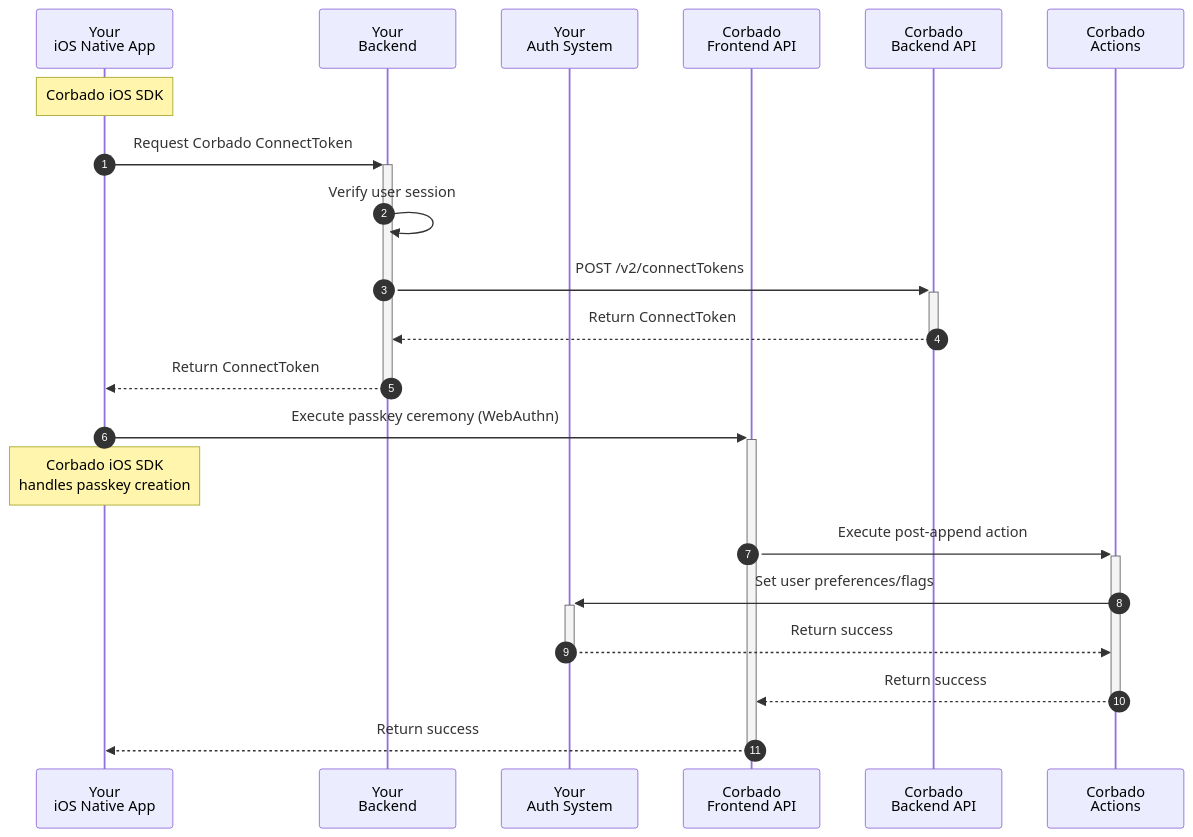
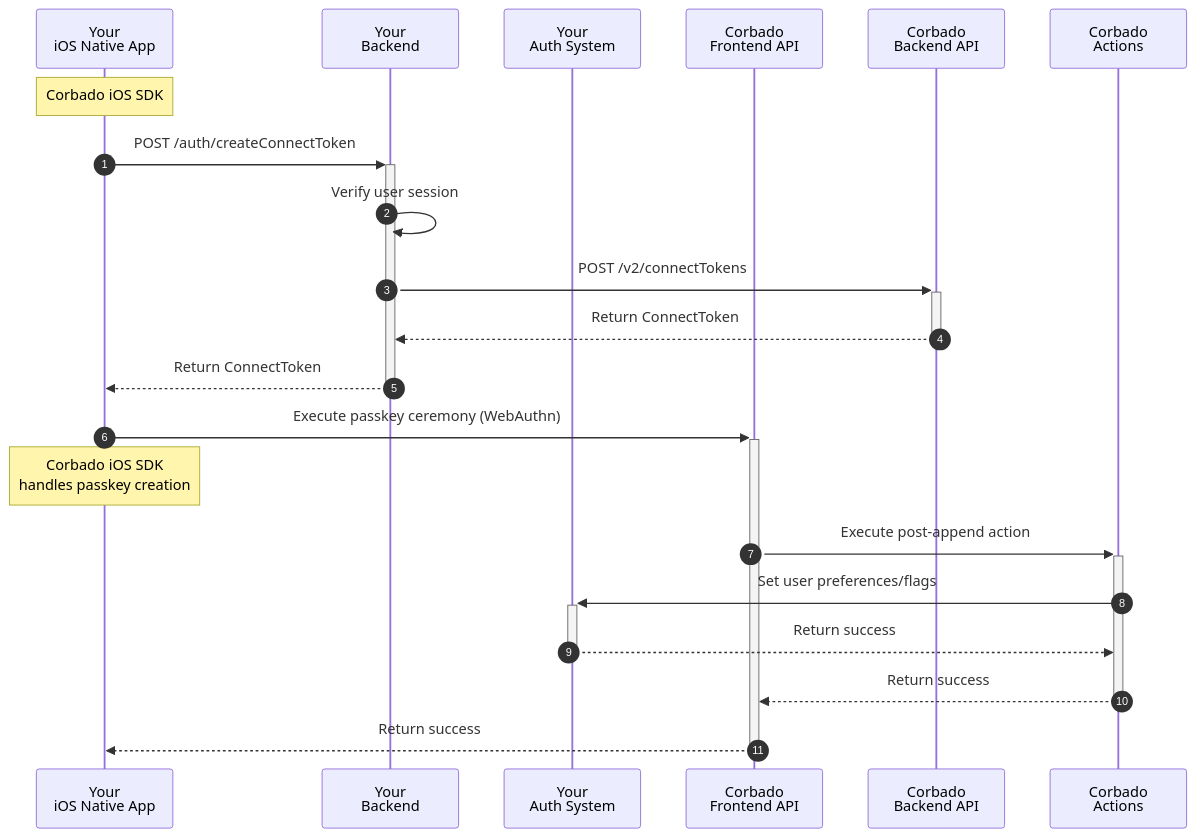
One commit to corbadotech/docs changed the diagram in corbado-connect/integration/generic/ios.mdx. Above: the diagram before and after it, drawn with Mermaid. The commit also changed 2 other files, not shown here.

Commit message:
Renamed own backend endpoints

````diff
--- a/corbado-connect/integration/generic/ios.mdx
+++ b/corbado-connect/integration/generic/ios.mdx
@@ -121,25 +121,25 @@
 ```mermaid
 sequenceDiagram
     autonumber
     participant App as Your<br/>iOS Native App
     participant Backend as Your<br/>Backend
     participant IdP as Your<br/>Auth System
     participant FAPI as Corbado<br/>Frontend API
     participant BAPI as Corbado<br/>Backend API
     participant Actions as Corbado<br/>Actions
 
     Note over App: Corbado iOS SDK
-    App->>+Backend: Request Corbado ConnectToken
+    App->>+Backend: POST /auth/createConnectToken
     Backend->>Backend: Verify user session
     Backend->>+BAPI: POST /v2/connectTokens
     BAPI-->>-Backend: Return ConnectToken
     Backend-->>-App: Return ConnectToken
 
     App->>+FAPI: Execute passkey ceremony (WebAuthn)
     Note over App: Corbado iOS SDK<br/>handles passkey creation
     FAPI->>+Actions: Execute post-append action
     Actions->>+IdP: Set user preferences/flags
     IdP-->>-Actions: Return success
     Actions-->>-FAPI: Return success
     FAPI-->>-App: Return success
 ```
````
